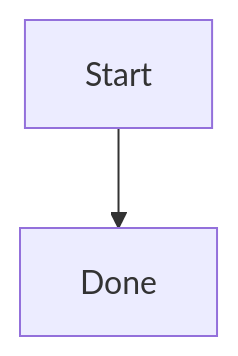
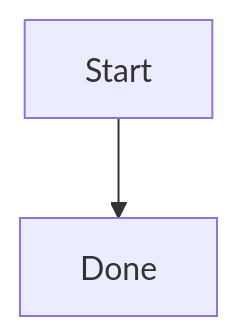
The diagram in tests/fixtures/diagrams/notes.md (renefatuaki/skills), drawn with Mermaid before and after one commit. The commit also changed 12 other files, not shown here.

First line of the commit message:
fix(diagrams): draw every label as SVG text, so Safari and Chrome show it at any zoom

````diff
--- a/tests/fixtures/diagrams/notes.md
+++ b/tests/fixtures/diagrams/notes.md
@@ -5,4 +5,5 @@
 ```mermaid
+%%{init: {"htmlLabels": false}}%%
 flowchart TD
   a["Start"] --> b["Done"]
 ```
````
